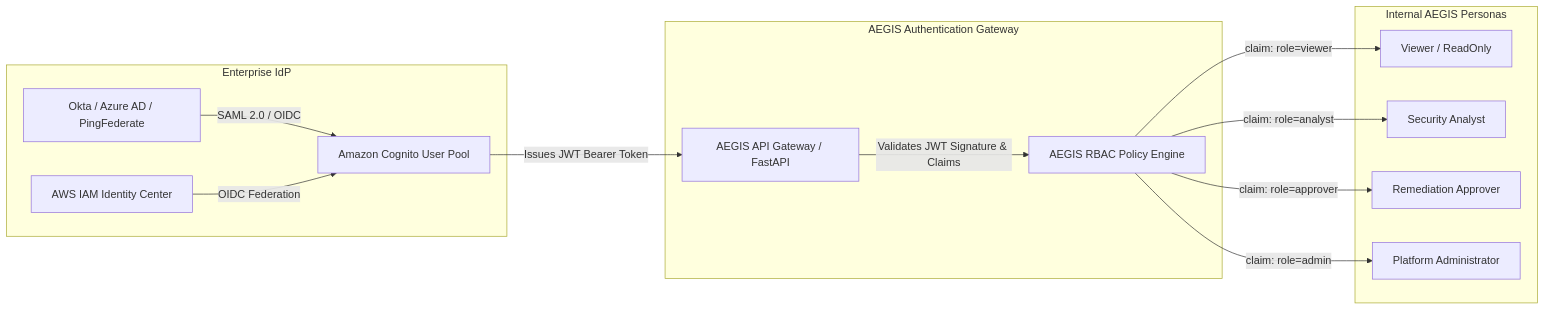
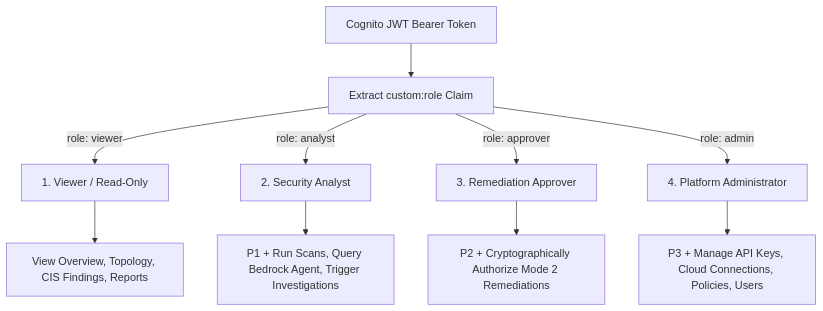
The diagram in docs/next_phase/IDENTITY_AND_ACCESS_MODEL.md (mindofyaseen/AEGIS), drawn with Mermaid before and after one commit. The commit also changed other lines of this file and 21 other files, not shown here.

Commit message:
docs: Phase 0.5 critical architecture review, technical corrections & engineering readiness (29 specs)

````diff
--- a/docs/next_phase/IDENTITY_AND_ACCESS_MODEL.md
+++ b/docs/next_phase/IDENTITY_AND_ACCESS_MODEL.md
@@ -19,19 +35,14 @@
 ```mermaid
-flowchart LR
-    subgraph Enterprise IdP
-        Okta[Okta / Azure AD / PingFederate] -->|SAML 2.0 / OIDC| Cognito[Amazon Cognito User Pool]
-        IdCenter[AWS IAM Identity Center] -->|OIDC Federation| Cognito
-    end
+flowchart TD
+    Token[Cognito JWT Bearer Token] --> Extract[Extract custom:role Claim]
+    
+    Extract -->|role: viewer| R1[1. Viewer / Read-Only]
+    Extract -->|role: analyst| R2[2. Security Analyst]
+    Extract -->|role: approver| R3[3. Remediation Approver]
+    Extract -->|role: admin| R4[4. Platform Administrator]
 
-    subgraph AEGIS Authentication Gateway
-        Cognito -->|Issues JWT Bearer Token| APIGW[AEGIS API Gateway / FastAPI]
-        APIGW -->|Validates JWT Signature & Claims| RBAC[AEGIS RBAC Policy Engine]
-    end
-
-    subgraph Internal AEGIS Personas
-        RBAC -->|claim: role=viewer| P1[Viewer / ReadOnly]
-        RBAC -->|claim: role=analyst| P2[Security Analyst]
-        RBAC -->|claim: role=approver| P3[Remediation Approver]
-        RBAC -->|claim: role=admin| P4[Platform Administrator]
-    end
+    R1 --> P1[View Overview, Topology, CIS Findings, Reports]
+    R2 --> P2[P1 + Run Scans, Query Bedrock Agent, Trigger Investigations]
+    R3 --> P3[P2 + Cryptographically Authorize Mode 2 Remediations]
+    R4 --> P4[P3 + Manage API Keys, Cloud Connections, Policies, Users]
 ```
````
